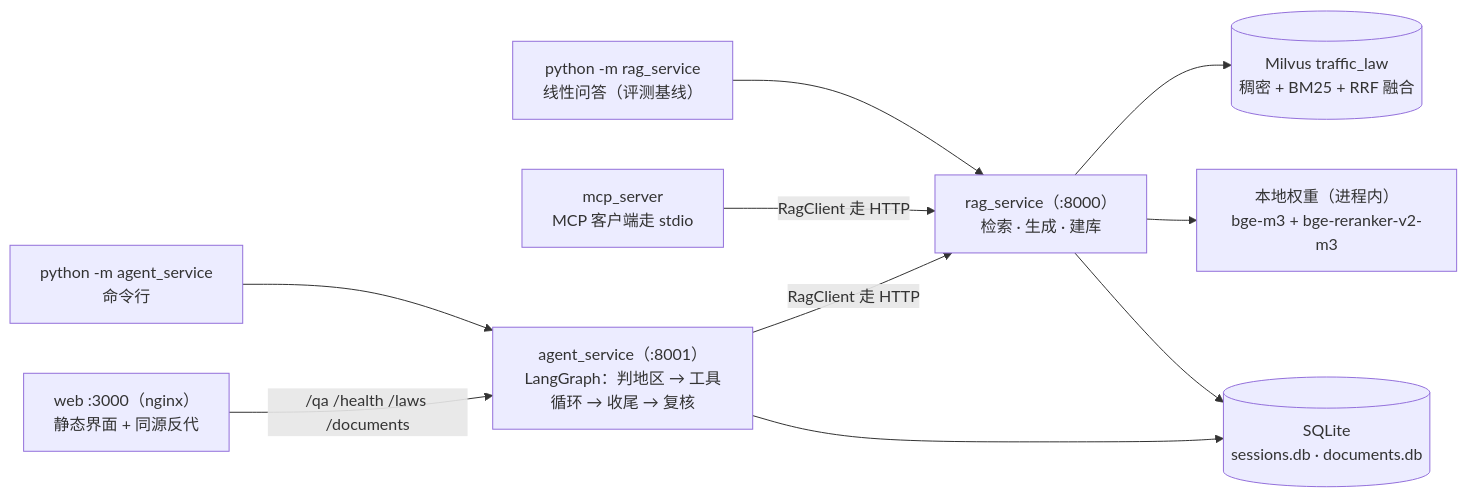
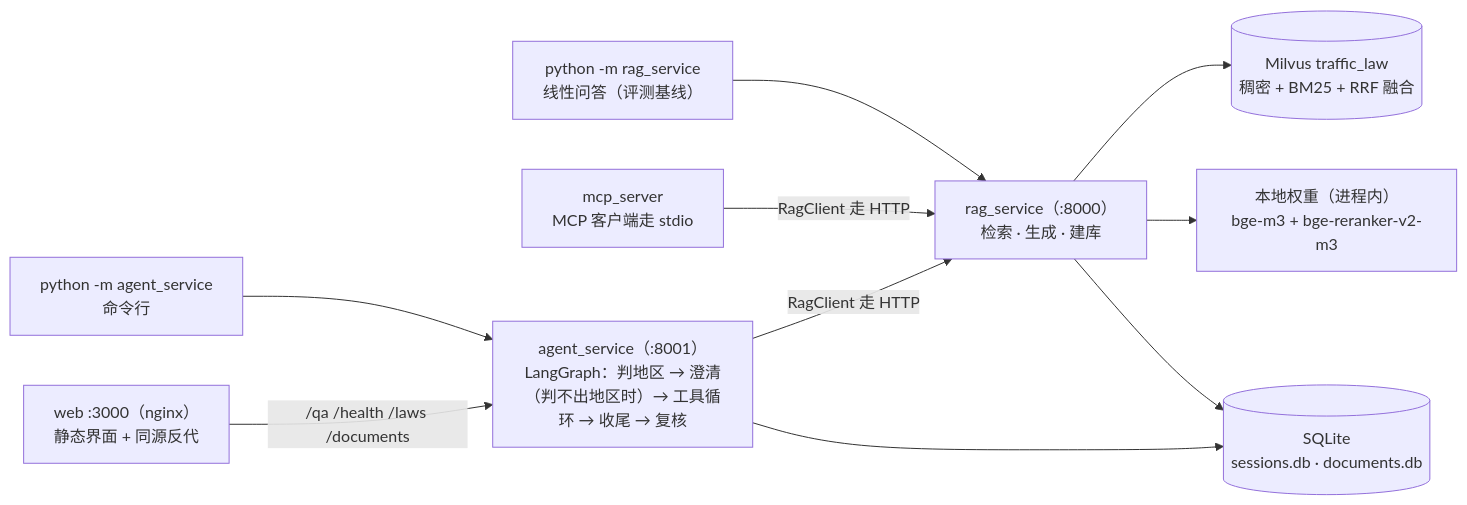
The diagram in README.md (18321963/traffic-law-qa), drawn with Mermaid before and after one commit. The commit also changed other lines of this file and 7 other files, not shown here.

````diff
--- a/README.md
+++ b/README.md
@@ -80,22 +80,22 @@
 ```mermaid
 flowchart LR
     LIN["python -m rag_service<br/>线性问答（评测基线）"]
     CLI["python -m agent_service<br/>命令行"]
     WEB["web :3000（nginx）<br/>静态界面 + 同源反代"]
     MCP["mcp_server<br/>MCP 客户端走 stdio"]
-    AGENT["agent_service（:8001）<br/>LangGraph：判地区 → 工具循环 → 收尾 → 复核"]
+    AGENT["agent_service（:8001）<br/>LangGraph：判地区 → 澄清（判不出地区时）→ 工具循环 → 收尾 → 复核"]
     RAG["rag_service（:8000）<br/>检索 · 生成 · 建库"]
     MV[(Milvus traffic_law<br/>稠密 + BM25 + RRF 融合)]
     MODELS["本地权重（进程内）<br/>bge-m3 + bge-reranker-v2-m3"]
     SQL[(SQLite<br/>sessions.db · documents.db)]
 
     LIN --> RAG
     CLI --> AGENT
     WEB -->|"/qa /health /laws /documents"| AGENT
     MCP -->|RagClient 走 HTTP| RAG
     AGENT -->|RagClient 走 HTTP| RAG
     RAG --> MV
     RAG --> MODELS
     RAG --> SQL
     AGENT --> SQL
 ```
````
